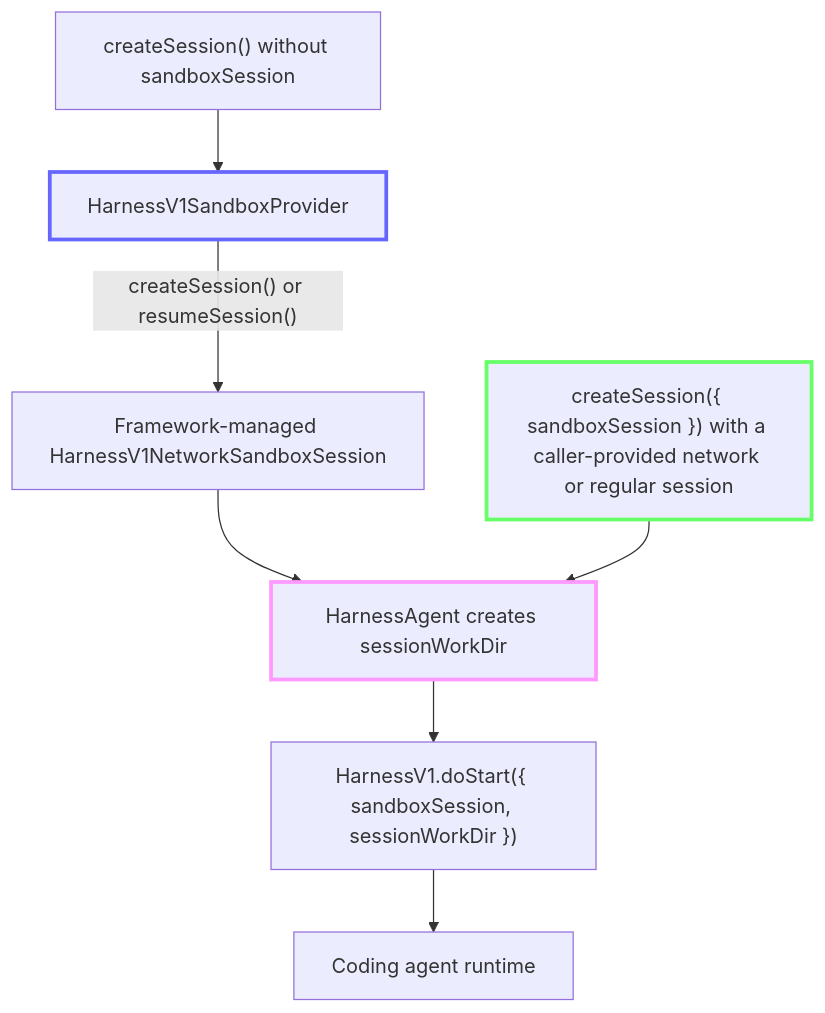
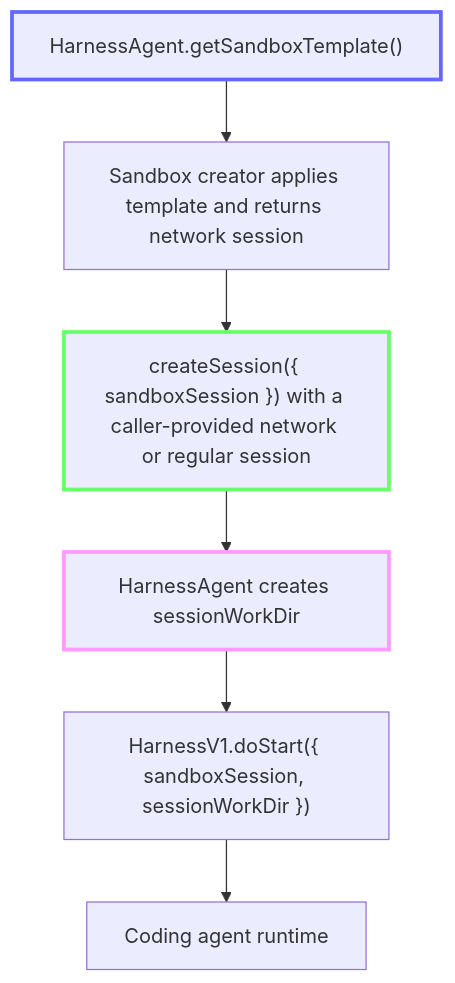
The second of 4 diagrams in architecture/harness-abstraction.md (Jamaal224/VERCEL-AI-Agent), drawn with Mermaid before and after one commit. The commit also changed other lines of this file and 654 other files, not shown here.

First line of the commit message:
feat(harness): refactor sandbox APIs for cleaner separation of concerns from harness layer, more intuitive DX regardless of how your sandbox is configured, and streamlined handling of sandbox templates/snapshots (#21497)

````diff
--- a/architecture/harness-abstraction.md
+++ b/architecture/harness-abstraction.md
@@ -95,21 +86,19 @@
 ```mermaid
 flowchart TD
-    ManagedCall["createSession() without sandboxSession"]
-    Provider["HarnessV1SandboxProvider"]
-    ManagedSession["Framework-managed HarnessV1NetworkSandboxSession"]
+    Template["HarnessAgent.getSandboxTemplate()"]
+    Creator["Sandbox creator applies template and returns network session"]
     ProvidedCall["createSession({ sandboxSession }) with a caller-provided network or regular session"]
     Setup["HarnessAgent creates sessionWorkDir"]
     Adapter["HarnessV1.doStart({ sandboxSession, sessionWorkDir })"]
     Runtime["Coding agent runtime"]
 
-    ManagedCall --> Provider
-    Provider -->|"createSession() or resumeSession()"| ManagedSession
-    ManagedSession --> Setup
+    Template --> Creator
+    Creator --> ProvidedCall
     ProvidedCall --> Setup
     Setup --> Adapter
     Adapter --> Runtime
 
-    style Provider stroke:#66f,stroke-width:3px
+    style Template stroke:#66f,stroke-width:3px
     style ProvidedCall stroke:#6f6,stroke-width:3px
     style Setup stroke:#f9f,stroke-width:3px
 ```
````
